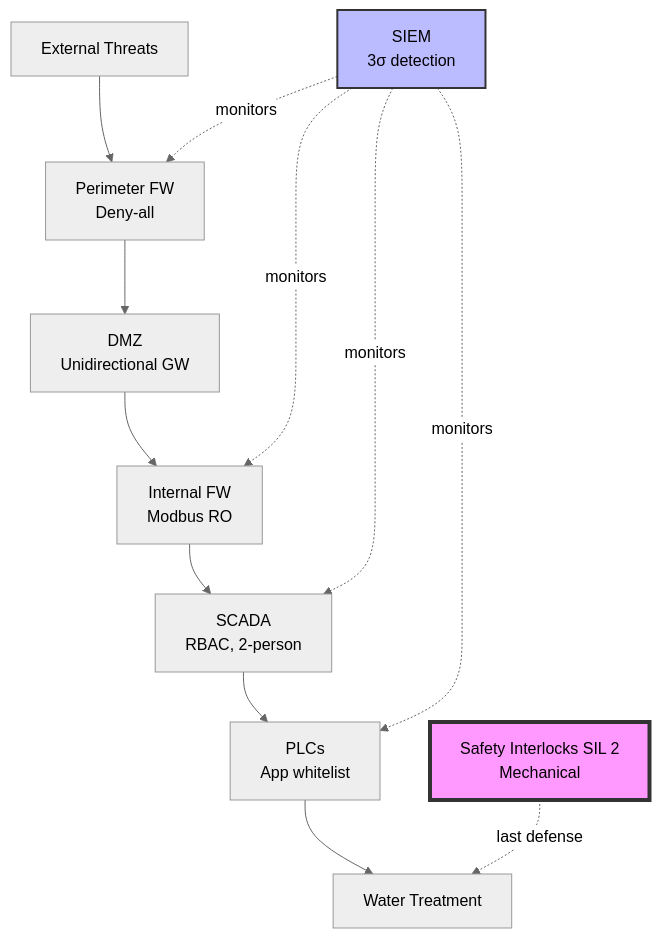
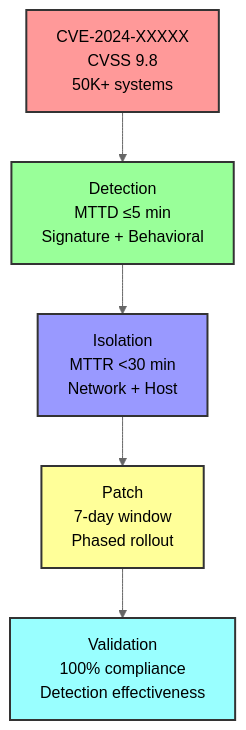
Before and after one commit to ljg-cqu/knowledge: the diagram in Prompts/Career/Security/QA.md, drawn with Mermaid (neutral theme). The commit also changed other lines of this file and 23 other files, not shown here.

````diff
--- a/Prompts/Career/Security/QA.md
+++ b/Prompts/Career/Security/QA.md
@@ -228,14 +282,13 @@
 ```mermaid
 flowchart TD
-    EXT[External Threats] --> FW1[Perimeter FW<br/>Deny-all]
-    FW1 --> DMZ[DMZ<br/>Unidirectional GW]
-    DMZ --> FW2[Internal FW<br/>Modbus RO]
-    FW2 --> SCADA[SCADA<br/>RBAC, 2-person]
-    SCADA --> PLC[PLCs<br/>App whitelist]
-    PLC --> PROC[Water Treatment]
-    SIEM[SIEM<br/>3σ detection] -.monitors.-> FW1 & FW2 & SCADA & PLC
-    SAFETY[Safety Interlocks SIL 2<br/>Mechanical] -.last defense.-> PROC
+    CVE["CVE-2024-XXXXX<br/>CVSS 9.8<br/>50K+ systems"] --> DETECT["Detection<br/>MTTD ≤5 min<br/>Signature + Behavioral"]
+    DETECT --> ISOLATE["Isolation<br/>MTTR <30 min<br/>Network + Host"]
+    ISOLATE --> PATCH["Patch<br/>7-day window<br/>Phased rollout"]
+    PATCH --> VALIDATE["Validation<br/>100% compliance<br/>Detection effectiveness"]
     
-    style SAFETY fill:#f9f,stroke:#333,stroke-width:4px
-    style SIEM fill:#bbf,stroke:#333,stroke-width:2px
+    style CVE fill:#f99,stroke:#333,stroke-width:2px
+    style DETECT fill:#9f9,stroke:#333,stroke-width:2px
+    style ISOLATE fill:#99f,stroke:#333,stroke-width:2px
+    style PATCH fill:#ff9,stroke:#333,stroke-width:2px
+    style VALIDATE fill:#9ff,stroke:#333,stroke-width:2px
 ```
````
